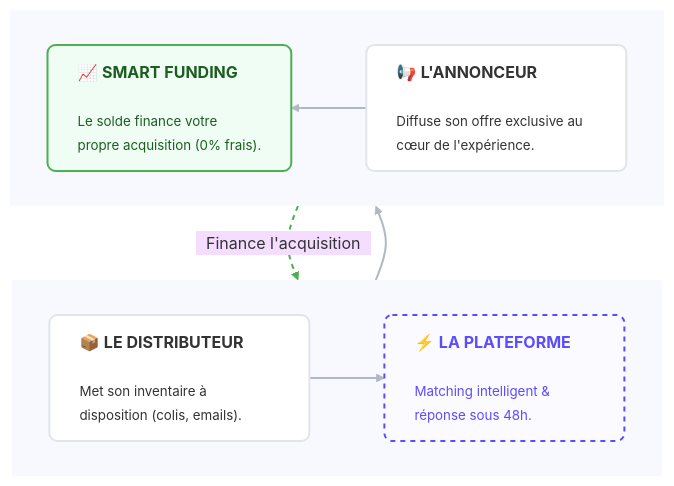
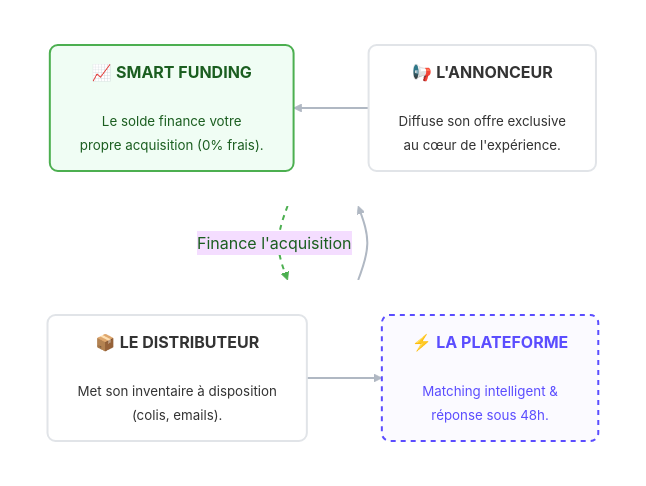
Before and after one commit to getinside-ops/handbook: the diagram in docs/fr/start-here/why-it-works.md, drawn with Mermaid (base theme).

Commit message:
update content

```diff
--- a/docs/fr/start-here/why-it-works.md
+++ b/docs/fr/start-here/why-it-works.md
@@ -16,50 +16,54 @@
 <div class="mermaid">
 flowchart TD
     %% --- STYLES ---
     classDef defaultCard fill:#ffffff,stroke:#e1e4e8,stroke-width:2px,color:#333,rx:8,ry:8;
     classDef techCard fill:#fbfaff,stroke:#5B4DFF,stroke-width:2px,stroke-dasharray: 5 5,color:#5B4DFF,rx:8,ry:8;
     classDef growthCard fill:#f0fdf4,stroke:#4CAF50,stroke-width:2px,color:#1b5e20,rx:8,ry:8;
 
-    %% --- CONTENU ---
-    %% Note: J'ai sécurisé les chaînes HTML avec des guillemets
+    %% --- CONTENU SIMPLIFIÉ (Sans DIV) ---
+    %% On utilise <br/> pour les sauts de ligne et <b> pour le gras
     
-    Node_Distri["<div style='text-align:left; min-width:180px'>📦 <b>LE DISTRIBUTEUR</b><br/><br/><small>Met son inventaire à disposition (colis, emails).</small></div>"]
+    Node_Distri["📦 <b>LE DISTRIBUTEUR</b><br/><br/><small>Met son inventaire à disposition<br/>(colis, emails).</small>"]
     
-    Node_Plat["<div style='text-align:left; min-width:180px'>⚡ <b>LA PLATEFORME</b><br/><br/><small>Matching intelligent &<br/>réponse sous 48h.</small></div>"]
+    Node_Plat["⚡ <b>LA PLATEFORME</b><br/><br/><small>Matching intelligent &<br/>réponse sous 48h.</small>"]
     
-    Node_Adv["<div style='text-align:left; min-width:180px'>📢 <b>L'ANNONCEUR</b><br/><br/><small>Diffuse son offre exclusive au cœur de l'expérience.</small></div>"]
+    Node_Adv["📢 <b>L'ANNONCEUR</b><br/><br/><small>Diffuse son offre exclusive<br/>au cœur de l'expérience.</small>"]
     
-    Node_Fund["<div style='text-align:left; min-width:180px'>📈 <b>SMART FUNDING</b><br/><br/><small>Le solde finance votre<br/>propre acquisition (0% frais).</small></div>"]
+    Node_Fund["📈 <b>SMART FUNDING</b><br/><br/><small>Le solde finance votre<br/>propre acquisition (0% frais).</small>"]
 
     %% --- STRUCTURE ---
     
     subgraph Row1 [ ]
         direction LR
         Node_Distri --> Node_Plat
     end
 
     subgraph Row2 [ ]
         direction RL
         Node_Adv --> Node_Fund
     end
 
-    %% Liens Verticaux
+    %% Liens
     Node_Plat --> Node_Adv
     
-    %% Lien de retour avec style HTML
-    Node_Fund -->|"<span style='background-color:#f0fdf4; color:#1b5e20; padding:5px 10px; border:1px solid #4CAF50; border-radius:12px;'>Finance l'acquisition</span>"| Node_Distri
+    %% Lien de retour (Texte simple pour éviter le crash)
+    Node_Fund -->|Finance l'acquisition| Node_Distri
 
     %% --- APPLICATION DES STYLES ---
     class Node_Distri,Node_Adv defaultCard;
     class Node_Plat techCard;
     class Node_Fund growthCard;
     
     %% Styles des liens
     linkStyle 0,1,2 stroke:#b0b8c3,stroke-width:2px,fill:none;
-    linkStyle 3 stroke:#4CAF50,stroke-width:2px,stroke-dasharray: 5 5,fill:none;
+    
+    %% Style du lien de retour (Vert + Pointillés + Texte Vert)
+    linkStyle 3 stroke:#4CAF50,stroke-width:2px,stroke-dasharray: 5 5,color:#1b5e20,fill:none;
 
-    %% --- SUPPRESSION DES BORDURES ---
-    style Row1 stroke:none
-    style Row2 stroke:none
+    %% --- STYLE DES SUBGRAPHS (Fond OUI, Bordure NON) ---
+    %% fill:#ffffff met un fond blanc
+    %% stroke:none retire la bordure
+    style Row1 fill:#ffffff,stroke:none
+    style Row2 fill:#ffffff,stroke:none
 
 </div>
```
